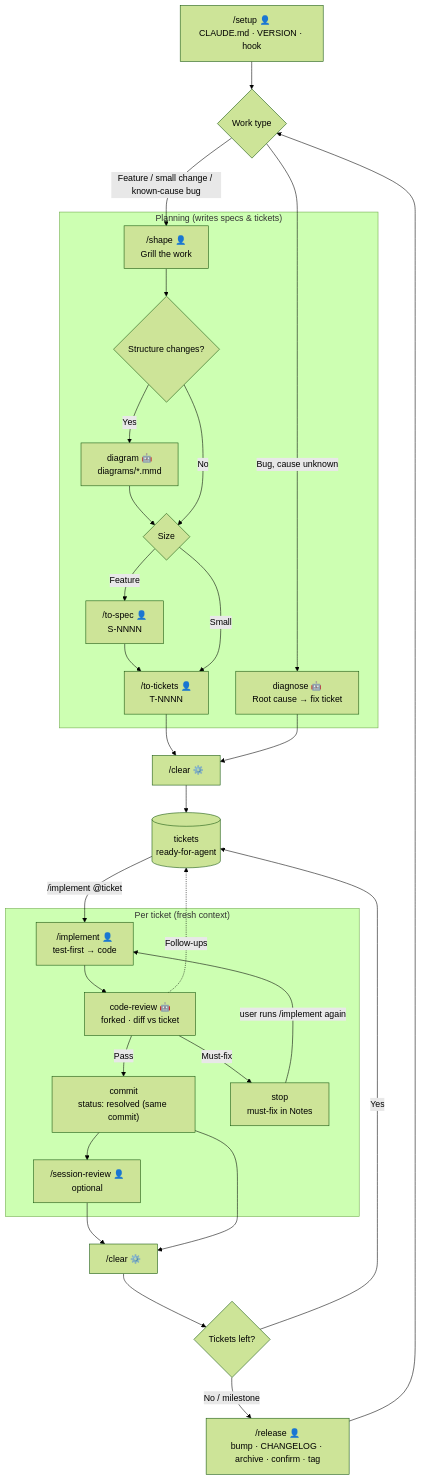
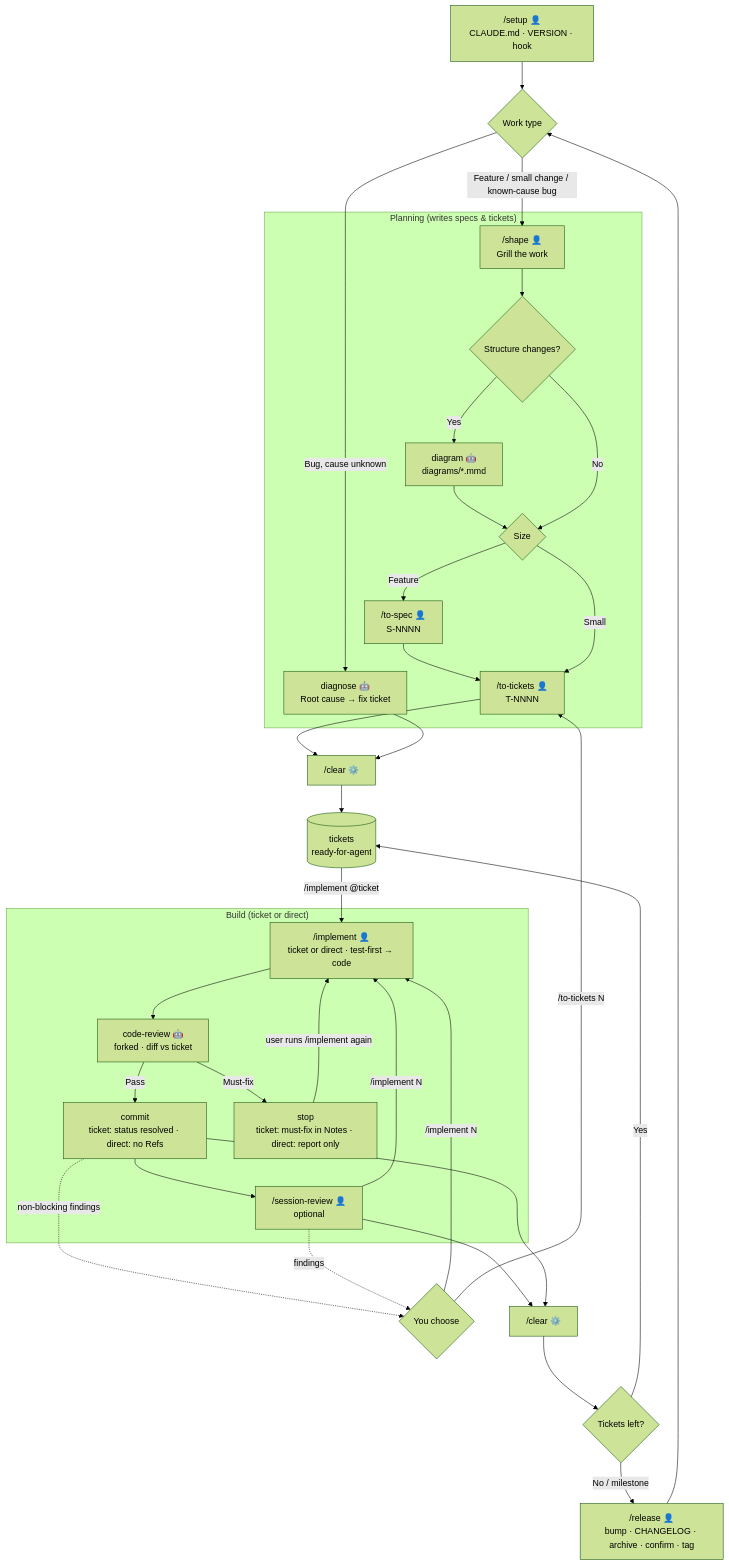
Before and after one commit to odhyp/skills: the diagram in README.md, drawn with Mermaid (forest theme). The commit also changed other lines of this file and 1 other file, not shown here.

First line of the commit message:
docs(readme): one question per skill

````diff
--- a/README.md
+++ b/README.md
@@ -20,46 +20,51 @@
 ```mermaid
 flowchart TD
     A1["/setup 👤<br/>CLAUDE.md · VERSION · hook"] --> X0{"Work type"}
     X0 -->|"Feature / small change / known-cause bug"| B1
     X0 -->|"Bug, cause unknown"| B5
 
     subgraph B["Planning (writes specs & tickets)"]
         B1["/shape 👤<br/>Grill the work"]
         X2{"Structure changes?"}
         B4["diagram 🤖<br/>diagrams/*.mmd"]
         X1{"Size"}
         B2["/to-spec 👤<br/>S-NNNN"]
         B3["/to-tickets 👤<br/>T-NNNN"]
         B5["diagnose 🤖<br/>Root cause → fix ticket"]
         B1 --> X2
         X2 -->|"Yes"| B4 --> X1
         X2 -->|"No"| X1
         X1 -->|"Feature"| B2 --> B3
         X1 -->|"Small"| B3
     end
 
     B3 --> CL0["/clear ⚙️"]
     B5 --> CL0
     CL0 --> T[("tickets<br/>ready-for-agent")]
 
-    subgraph C["Per ticket (fresh context)"]
-        C1["/implement 👤<br/>test-first → code"]
+    subgraph C["Build (ticket or direct)"]
+        C1["/implement 👤<br/>ticket or direct · test-first → code"]
         D1["code-review 🤖<br/>forked · diff vs ticket"]
-        C2["commit<br/>status: resolved (same commit)"]
-        C3["stop<br/>must-fix in Notes"]
+        C2["commit<br/>ticket: status resolved · direct: no Refs"]
+        C3["stop<br/>ticket: must-fix in Notes · direct: report only"]
         S1["/session-review 👤<br/>optional"]
         C1 --> D1
         D1 -->|"Pass"| C2
         D1 -->|"Must-fix"| C3
     end
 
     T -->|"/implement @ticket"| C1
+    S1 -->|"/implement N"| C1
     C3 -->|"user runs /implement again"| C1
-    D1 -.->|"Follow-ups"| T
+    X4{"You choose"}
+    C2 -.->|"non-blocking findings"| X4
+    S1 -.->|"findings"| X4
+    X4 -->|"/implement N"| C1
+    X4 -->|"/to-tickets N"| B3
     C2 --> S1 --> CL["/clear ⚙️"]
     C2 --> CL
     CL --> X3{"Tickets left?"}
     X3 -->|"Yes"| T
     X3 -->|"No / milestone"| E1["/release 👤<br/>bump · CHANGELOG · archive · confirm · tag"]
     E1 --> X0
 ```
````
